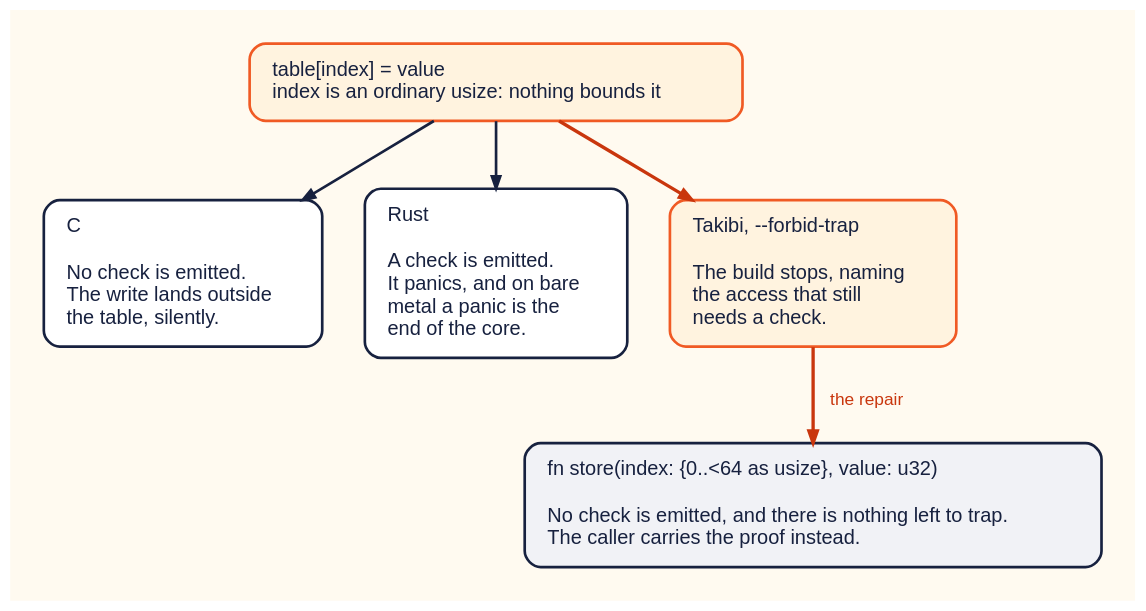
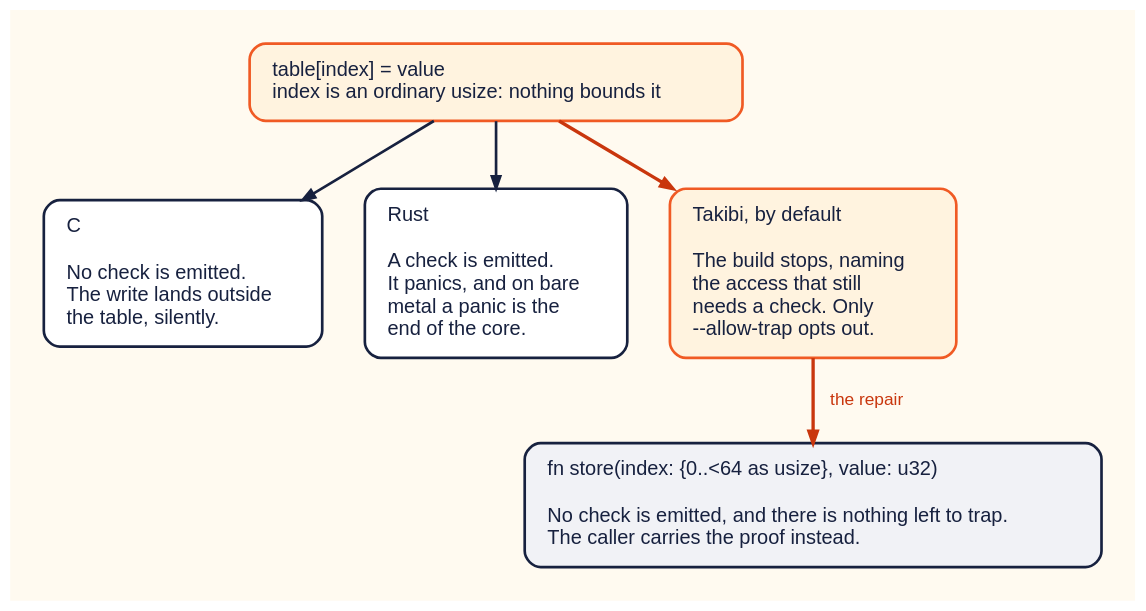
One commit to takibi-lang/takibi changed the diagram in docs/wont-compile/assets/0004-unproven-index-leaves-a-trap.dot. Above: the diagram before and after it, drawn with Graphviz. The commit also changed 4 other files, not shown here.

```diff
--- a/docs/wont-compile/assets/0004-unproven-index-leaves-a-trap.dot
+++ b/docs/wont-compile/assets/0004-unproven-index-leaves-a-trap.dot
@@ -1,34 +1,34 @@
 // Figure for docs/wont-compile/0004-unproven-index-leaves-a-trap.md
 //
 // The accident, not the compiler. One array access, three languages, three
 // different things in the shipped binary -- which is the only framing under
 // which "Rust bounds-checks too" and "this is still a defect Rust cannot
 // remove" are both true at once.
 digraph unproven_index_leaves_a_trap {
   graph [bgcolor="#fffaf0", rankdir=TB, pad=0.35, nodesep=0.45, ranksep=0.7,
          fontname="Helvetica", fontsize=15, fontcolor="#596078"];
   node  [fontname="Helvetica", fontsize=15, shape=box, style="rounded,filled",
          fillcolor="#ffffff", color="#17213f", fontcolor="#17213f",
          penwidth=2, margin="0.24,0.16"];
   edge  [fontname="Helvetica", fontsize=13, color="#17213f", penwidth=2,
          fontcolor="#596078", arrowsize=0.9];
 
   access [label="table[index] = value\lindex is an ordinary usize: nothing bounds it\l",
           fillcolor="#fff3df", color="#f05a24"];
 
   c     [label="C\l\lNo check is emitted.\lThe write lands outside\lthe table, silently.\l"];
   rust  [label="Rust\l\lA check is emitted.\lIt panics, and on bare\lmetal a panic is the\lend of the core.\l"];
-  tkb   [label="Takibi, --forbid-trap\l\lThe build stops, naming\lthe access that still\lneeds a check.\l",
+  tkb   [label="Takibi, by default\l\lThe build stops, naming\lthe access that still\lneeds a check. Only\l--allow-trap opts out.\l",
          fillcolor="#fff3df", color="#f05a24"];
 
   proved [label="fn store(index: {0..<64 as usize}, value: u32)\l\lNo check is emitted, and there is nothing left to trap.\lThe caller carries the proof instead.\l",
           fillcolor="#f1f2f6"];
 
   { rank=same; c; rust; tkb; }
 
   access -> c;
   access -> rust;
   access -> tkb [color="#c9360d", penwidth=2.5];
   tkb -> proved [label="  the repair  ", color="#c9360d",
                  fontcolor="#c9360d", penwidth=2.5];
 }
```
